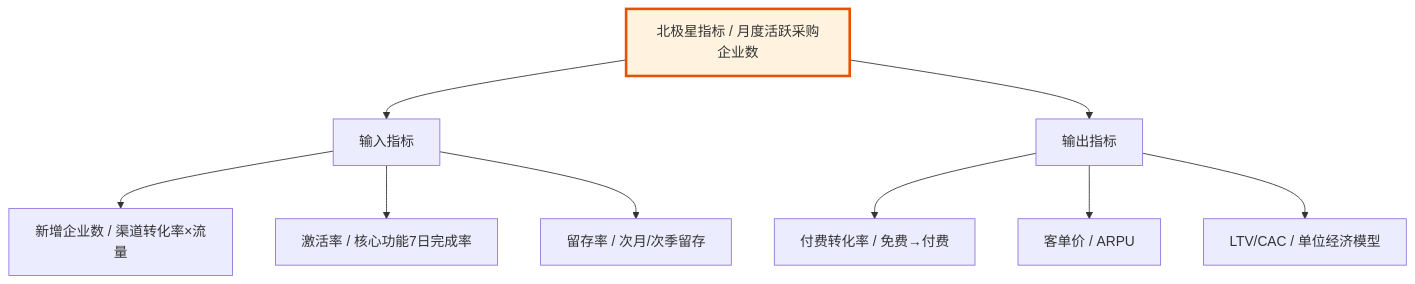
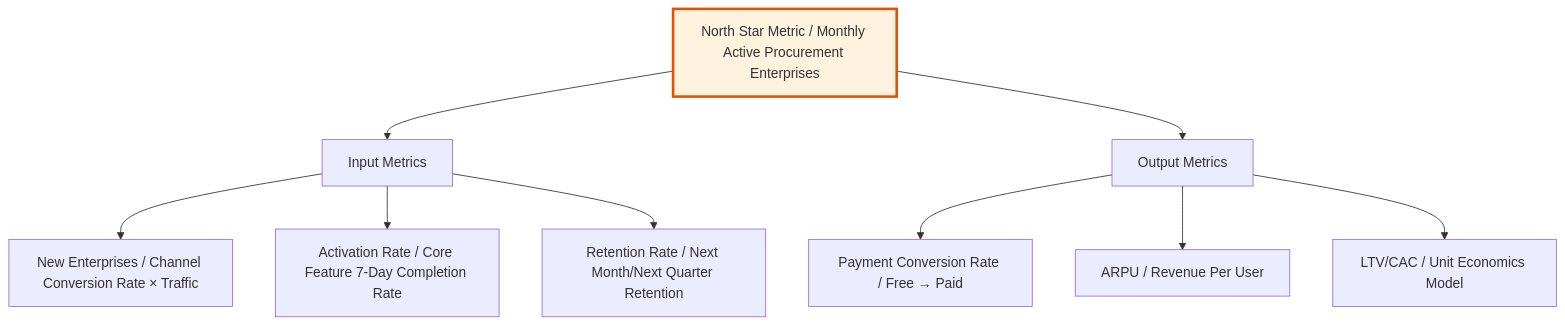
Diagram 16 of 18 in templates/产品/战略层/【模板】市场需求文档.md (Kirky-X/cangjie), drawn with Mermaid before and after one commit. The commit also changed other lines of this file and 46 other files, not shown here.

````diff
--- a/templates/产品/战略层/【模板】市场需求文档.md
+++ b/templates/产品/战略层/【模板】市场需求文档.md
@@ -713,15 +713,15 @@
 ```mermaid
 graph TD
-    A[北极星指标 / 月度活跃采购企业数] --> B[输入指标]
-    A --> C[输出指标]
+    A[North Star Metric / Monthly Active Procurement Enterprises] --> B[Input Metrics]
+    A --> C[Output Metrics]
 
-    B --> B1[新增企业数 / 渠道转化率×流量]
-    B --> B2[激活率 / 核心功能7日完成率]
-    B --> B3[留存率 / 次月/次季留存]
+    B --> B1[New Enterprises / Channel Conversion Rate × Traffic]
+    B --> B2[Activation Rate / Core Feature 7-Day Completion Rate]
+    B --> B3[Retention Rate / Next Month/Next Quarter Retention]
 
-    C --> C1[付费转化率 / 免费→付费]
-    C --> C2[客单价 / ARPU]
-    C --> C3[LTV/CAC / 单位经济模型]
+    C --> C1[Payment Conversion Rate / Free → Paid]
+    C --> C2[ARPU / Revenue Per User]
+    C --> C3[LTV/CAC / Unit Economics Model]
 
     style A fill:#fff3e0,stroke:#e65100,stroke-width:3px
 ```
````
